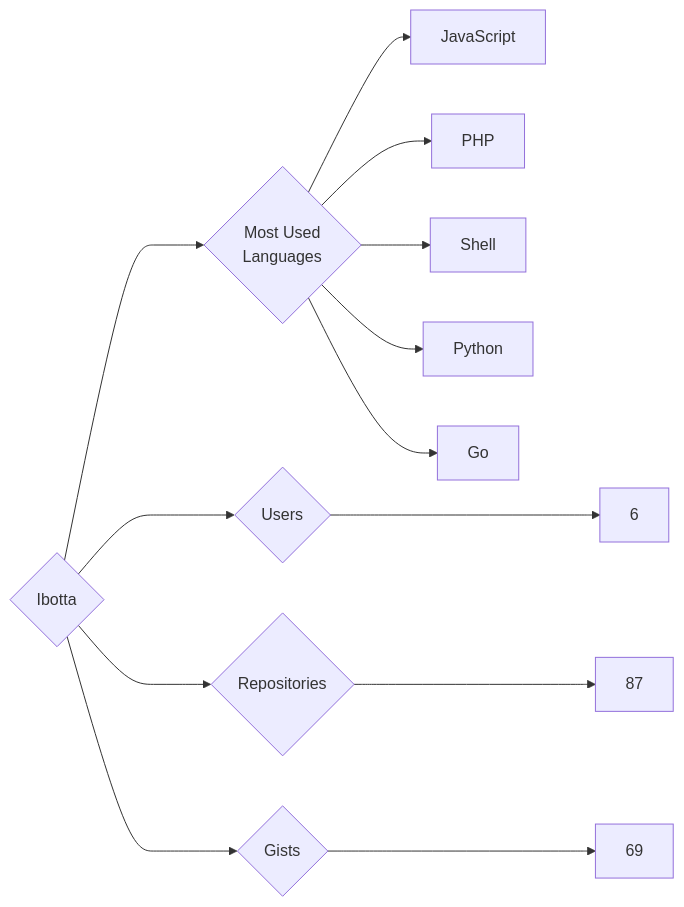
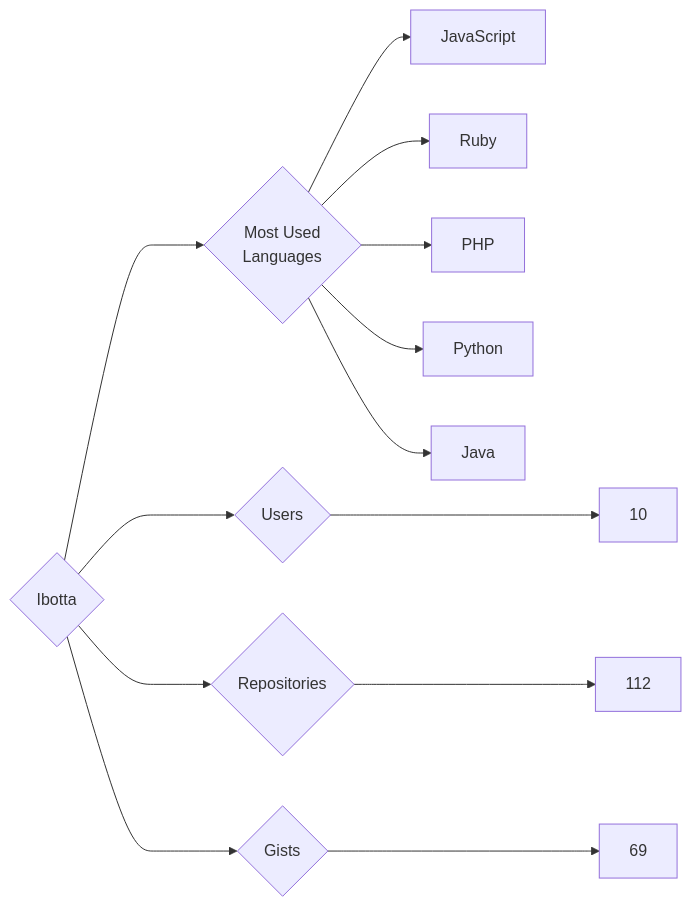
One commit to trickest/insiders changed the diagram in targets/Ibotta/README.md. Above: the diagram before and after it, drawn with Mermaid. The commit also changed 636 other files, not shown here.

````diff
--- a/targets/Ibotta/README.md
+++ b/targets/Ibotta/README.md
@@ -3,13 +3,13 @@
 ```mermaid
 graph LR
 COMPANY_NAME{Ibotta}
-COMPANY_NAME ---> U{Users} ---> UN[6]
-COMPANY_NAME ---> R{Repositories} ---> RN[87]
+COMPANY_NAME ---> U{Users} ---> UN[10]
+COMPANY_NAME ---> R{Repositories} ---> RN[112]
 COMPANY_NAME ---> G{Gists} ---> GN[69]
 COMPANY_NAME ---> ML{Most Used<br>Languages}
 ML --> JavaScript[JavaScript]
+ML --> Ruby[Ruby]
 ML --> PHP[PHP]
-ML --> Shell[Shell]
 ML --> Python[Python]
-ML --> Go[Go]
+ML --> Java[Java]
 ```
````
